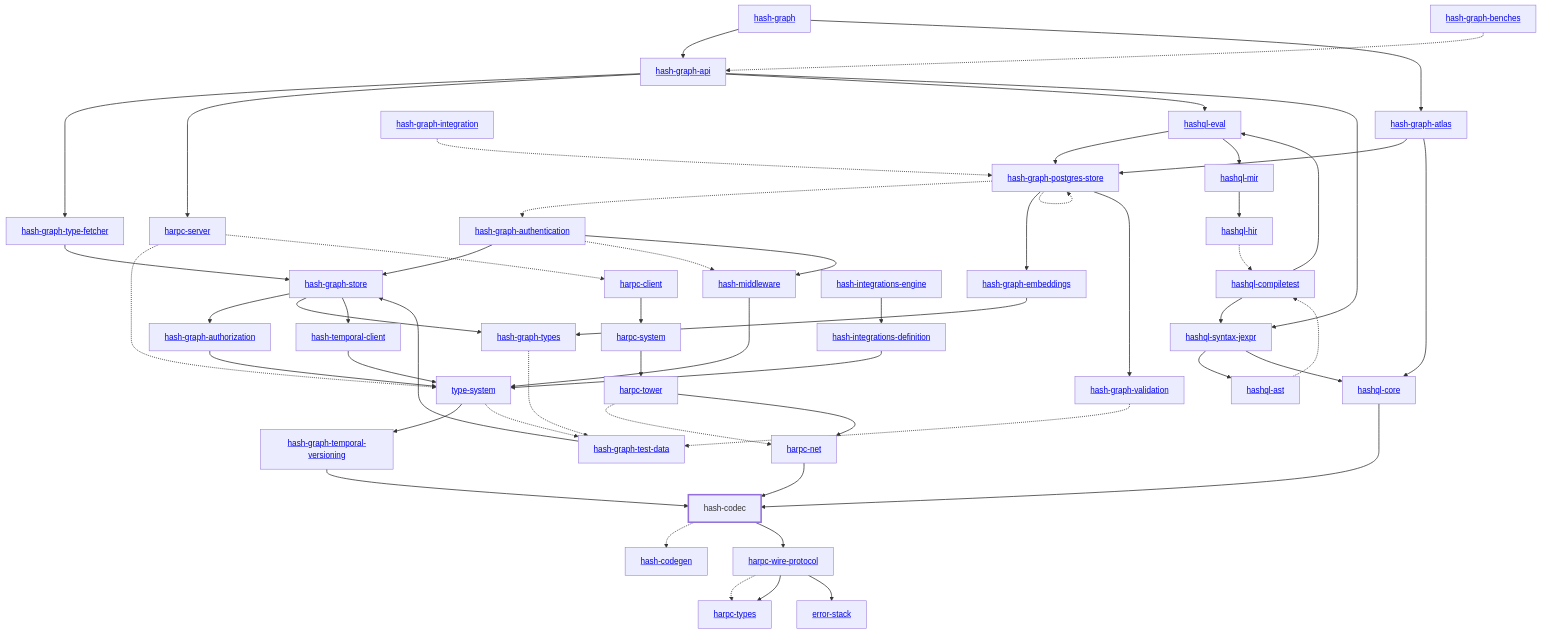
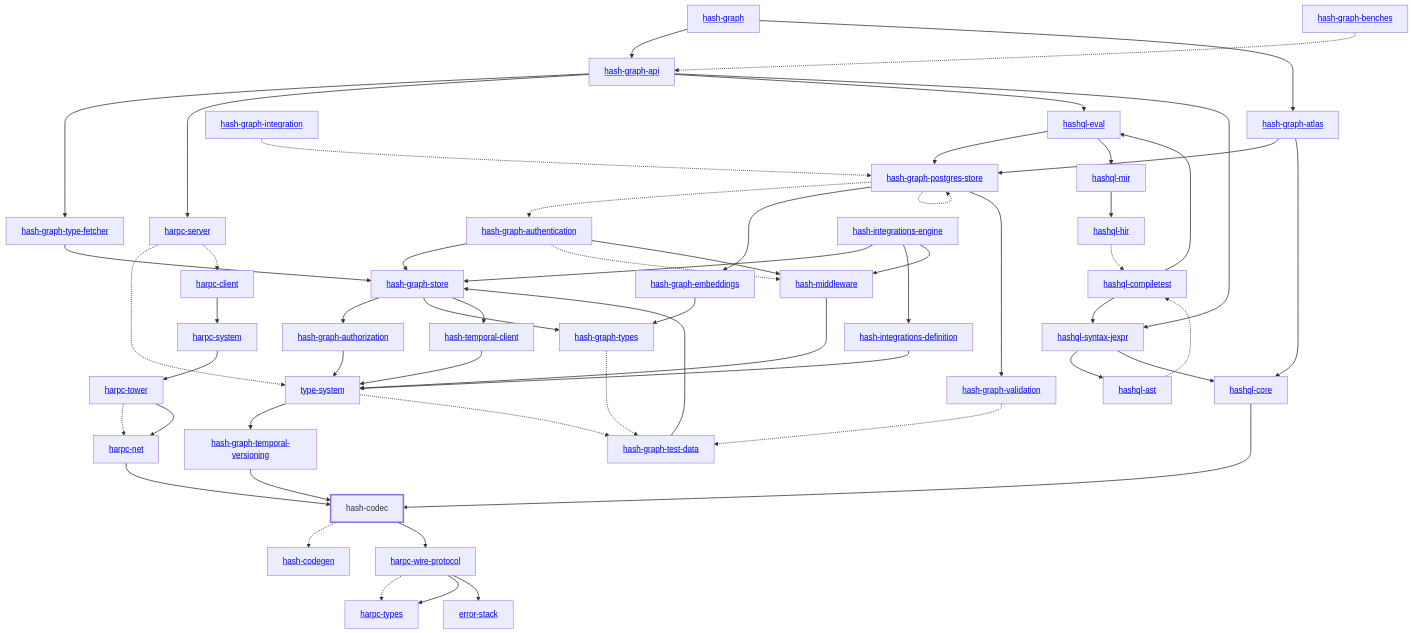
One commit to hashintel/hash changed the diagram in libs/@local/codec/rust/docs/dependency-diagram.mmd. Above: the diagram before and after it, drawn with Mermaid. The commit also changed 21 other files, not shown here.

```diff
--- a/libs/@local/codec/rust/docs/dependency-diagram.mmd
+++ b/libs/@local/codec/rust/docs/dependency-diagram.mmd
@@ -1,103 +1,105 @@
 graph TD
     linkStyle default stroke-width:1.5px
     classDef default stroke-width:1px
     classDef root stroke-width:3px
     classDef dev stroke-width:1px
     classDef build stroke-width:1px
     %% Legend
     %% --> : Normal dependency
     %% -.-> : Dev dependency
     %% ---> : Build dependency
     0[<a href="../hash_graph/index.html">hash-graph</a>]
     1[<a href="../type_system/index.html">type-system</a>]
     2[hash-codec]
     class 2 root
     3[<a href="../hash_codegen/index.html">hash-codegen</a>]
     4[<a href="../hash_graph_api/index.html">hash-graph-api</a>]
     5[<a href="../hash_graph_atlas/index.html">hash-graph-atlas</a>]
     6[<a href="../hash_graph_authentication/index.html">hash-graph-authentication</a>]
     7[<a href="../hash_graph_authorization/index.html">hash-graph-authorization</a>]
     8[<a href="../hash_graph_embeddings/index.html">hash-graph-embeddings</a>]
     9[<a href="../hash_graph_postgres_store/index.html">hash-graph-postgres-store</a>]
     10[<a href="../hash_graph_store/index.html">hash-graph-store</a>]
     11[<a href="../hash_graph_temporal_versioning/index.html">hash-graph-temporal-versioning</a>]
     12[<a href="../hash_graph_type_fetcher/index.html">hash-graph-type-fetcher</a>]
     13[<a href="../hash_graph_types/index.html">hash-graph-types</a>]
     14[<a href="../hash_graph_validation/index.html">hash-graph-validation</a>]
     15[<a href="../harpc_client/index.html">harpc-client</a>]
     16[<a href="../harpc_net/index.html">harpc-net</a>]
     17[<a href="../harpc_server/index.html">harpc-server</a>]
     18[<a href="../harpc_system/index.html">harpc-system</a>]
     19[<a href="../harpc_tower/index.html">harpc-tower</a>]
     20[<a href="../harpc_types/index.html">harpc-types</a>]
     21[<a href="../harpc_wire_protocol/index.html">harpc-wire-protocol</a>]
     22[<a href="../hashql_ast/index.html">hashql-ast</a>]
     23[<a href="../hashql_compiletest/index.html">hashql-compiletest</a>]
     24[<a href="../hashql_core/index.html">hashql-core</a>]
     25[<a href="../hashql_eval/index.html">hashql-eval</a>]
     26[<a href="../hashql_hir/index.html">hashql-hir</a>]
     27[<a href="../hashql_mir/index.html">hashql-mir</a>]
     28[<a href="../hashql_syntax_jexpr/index.html">hashql-syntax-jexpr</a>]
     29[<a href="../hash_integrations_definition/index.html">hash-integrations-definition</a>]
     30[<a href="../hash_integrations_engine/index.html">hash-integrations-engine</a>]
     31[<a href="../hash_middleware/index.html">hash-middleware</a>]
     32[<a href="../hash_temporal_client/index.html">hash-temporal-client</a>]
     33[<a href="../error_stack/index.html">error-stack</a>]
     34[<a href="../hash_graph_benches/index.html">hash-graph-benches</a>]
     35[<a href="../hash_graph_integration/index.html">hash-graph-integration</a>]
     36[<a href="../hash_graph_test_data/index.html">hash-graph-test-data</a>]
     0 --> 4
     0 --> 5
     1 --> 11
     1 -.-> 36
     2 -.-> 3
     2 --> 21
     4 --> 12
     4 --> 17
     4 --> 25
     4 --> 28
     5 --> 9
     5 --> 24
     6 --> 10
     6 -.-> 31
     6 --> 31
     7 --> 1
     8 --> 13
     9 -.-> 6
     9 --> 8
     9 -.-> 9
     9 --> 14
     10 --> 7
     10 --> 13
     10 --> 32
     11 --> 2
     12 --> 10
     13 -.-> 36
     14 -.-> 36
     15 --> 18
     16 --> 2
     17 -.-> 1
     17 -.-> 15
     18 --> 19
     19 -.-> 16
     19 --> 16
     21 -.-> 20
     21 --> 20
     21 --> 33
     22 -.-> 23
     23 --> 25
     23 --> 28
     24 --> 2
     25 --> 9
     25 --> 27
     26 -.-> 23
     27 --> 26
     28 --> 22
     28 --> 24
     29 --> 1
+    30 --> 10
     30 --> 29
+    30 --> 31
     31 --> 1
     32 --> 1
     34 -.-> 4
     35 -.-> 9
     36 --> 10
```
